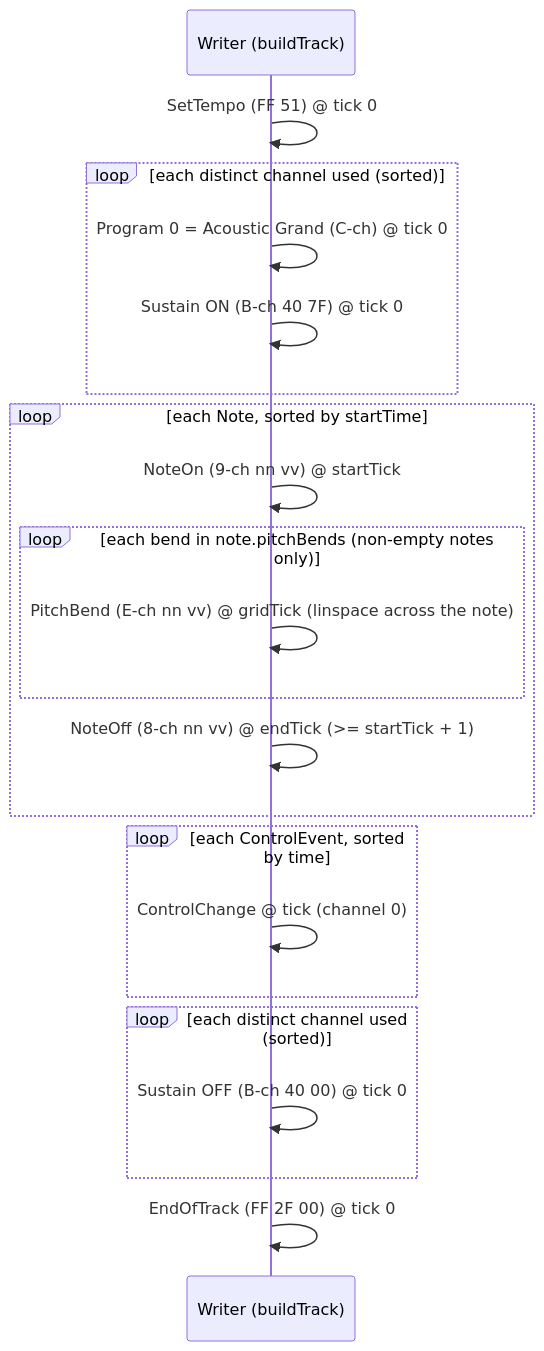
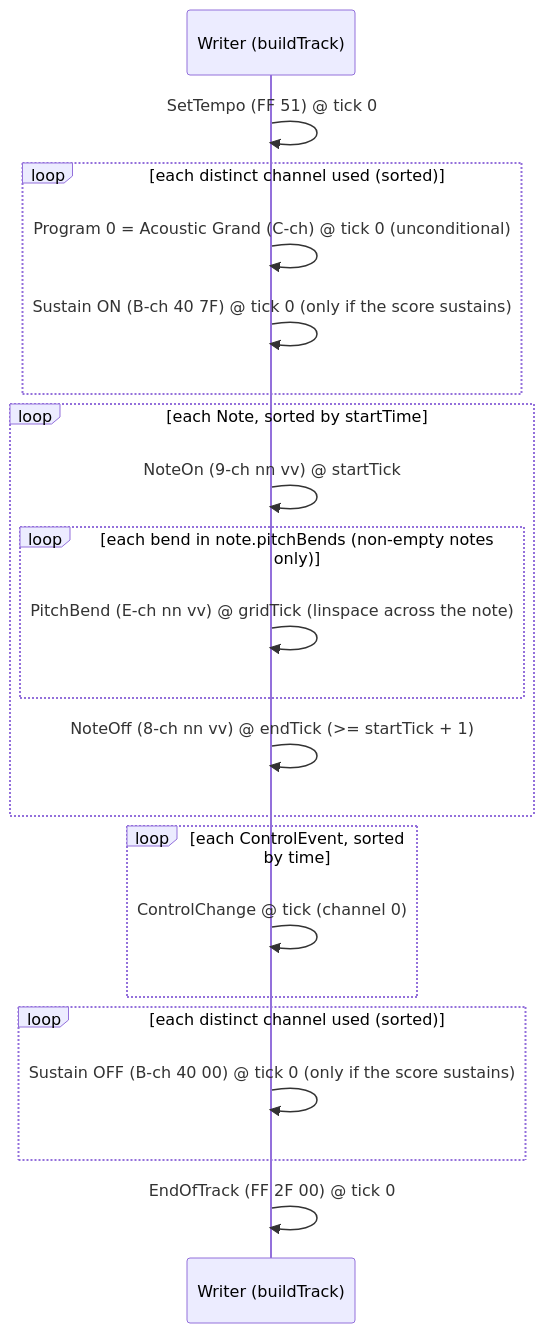
The diagram in lode/midicapture/writer.md (Fudmottin/Audio), drawn with Mermaid before and after one commit. The commit also changed other lines of this file and 3 other files, not shown here.

````diff
--- a/lode/midicapture/writer.md
+++ b/lode/midicapture/writer.md
@@ -43,23 +43,23 @@
 ```mermaid
 sequenceDiagram
     participant W as Writer (buildTrack)
     W->>W: SetTempo (FF 51) @ tick 0
     loop each distinct channel used (sorted)
-        W->>W: Program 0 = Acoustic Grand (C-ch) @ tick 0
-        W->>W: Sustain ON (B-ch 40 7F) @ tick 0
+        W->>W: Program 0 = Acoustic Grand (C-ch) @ tick 0   (unconditional)
+        W->>W: Sustain ON (B-ch 40 7F) @ tick 0   (only if the score sustains)
     end
     loop each Note, sorted by startTime
         W->>W: NoteOn  (9-ch nn vv) @ startTick
         loop each bend in note.pitchBends (non-empty notes only)
             W->>W: PitchBend (E-ch nn vv) @ gridTick  (linspace across the note)
         end
         W->>W: NoteOff (8-ch nn vv) @ endTick  (>= startTick + 1)
     end
     loop each ControlEvent, sorted by time
         W->>W: ControlChange @ tick (channel 0)
     end
     loop each distinct channel used (sorted)
-        W->>W: Sustain OFF (B-ch 40 00) @ tick 0
+        W->>W: Sustain OFF (B-ch 40 00) @ tick 0   (only if the score sustains)
     end
     W->>W: EndOfTrack (FF 2F 00) @ tick 0
 ```
````
